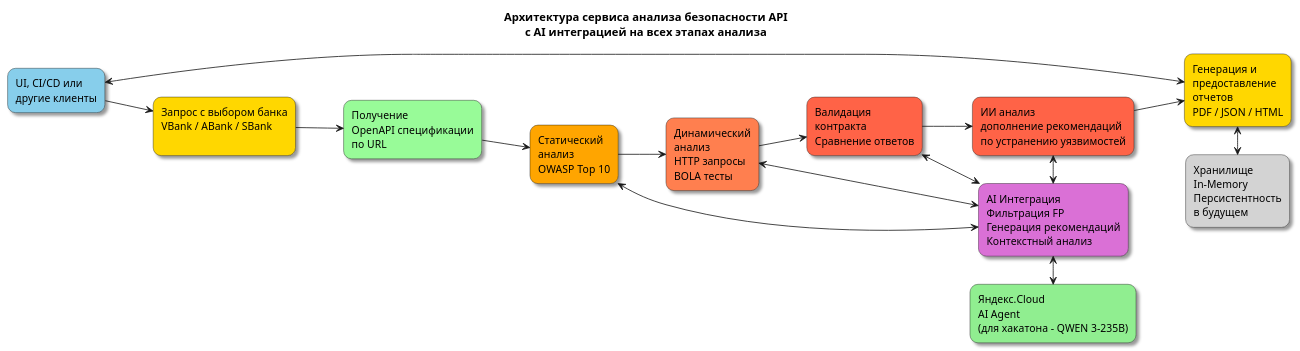
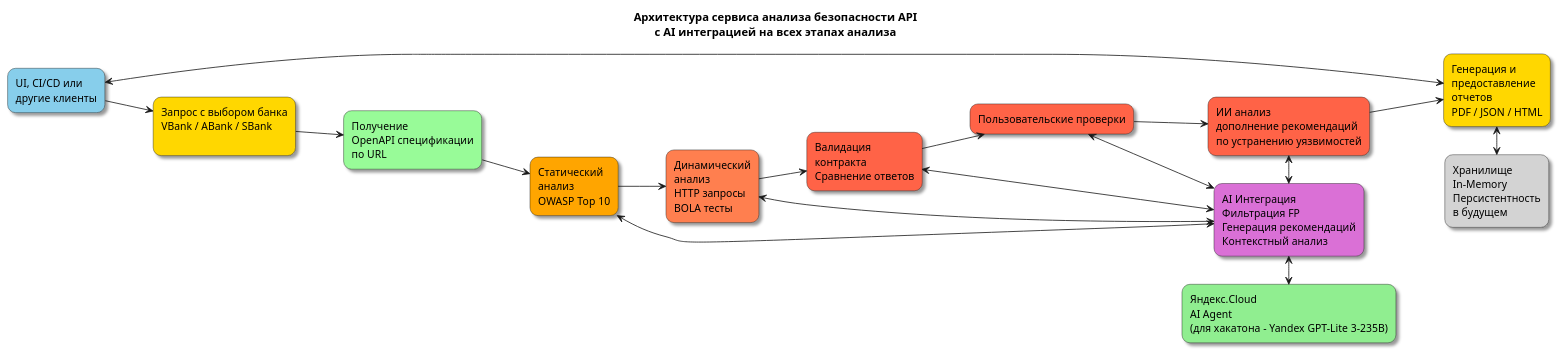
One commit to ChaikaAM/vtb-hackathon changed the diagram in documentation/diagrams/solution.puml. Above: the diagram before and after it, drawn with PlantUML. The commit also changed 40 other files, not shown here.

```diff
--- a/documentation/diagrams/solution.puml
+++ b/documentation/diagrams/solution.puml
@@ -1,47 +1,51 @@
 @startuml
 left to right direction
 
 skinparam backgroundColor #FFFFFF
 skinparam defaultFontName Arial
 skinparam defaultFontSize 13
 skinparam roundcorner 20
 skinparam shadowing true
 
 title Архитектура сервиса анализа безопасности API\nс AI интеграцией на всех этапах анализа
 
 rectangle "UI, CI/CD или\nдругие клиенты" as Client #87CEEB
 rectangle "Запрос с выбором банка\nVBank / ABank / SBank\n" as Bank #FFD700
 rectangle "Получение\nOpenAPI спецификации\nпо URL" as OpenAPI #98FB98
 
 rectangle "Статический\nанализ\nOWASP Top 10" as Static #FFA500
 rectangle "Динамический\nанализ\nHTTP запросы\nBOLA тесты" as Dynamic #FF7F50
 rectangle "Валидация\nконтракта\nСравнение ответов" as Contract #FF6347
+rectangle "Пользовательские проверки" as UserCheck #FF6347
 rectangle "ИИ анализ\nдополнение рекомендаций\nпо устранению уязвимостей" as AIANALYSIS #FF6347
 
 rectangle "AI Интеграция\nФильтрация FP\nГенерация рекомендаций\nКонтекстный анализ" as AI #DA70D6
-rectangle "Яндекс.Cloud\nAI Agent\n(для хакатона - QWEN 3-235B)" as Yandex #90EE90
+rectangle "Яндекс.Cloud\nAI Agent\n(для хакатона - Yandex GPT-Lite 3-235B)" as Yandex #90EE90
 
 rectangle "Генерация и \nпредоставление\nотчетов\nPDF / JSON / HTML" as Reports #FFD700
 rectangle "Хранилище\nIn-Memory\nПерсистентность\nв будущем" as Storage #D3D3D3
 
 Client --> Bank
 Bank --> OpenAPI
 OpenAPI --> Static
 AI <-> Yandex
 
 Static <-> AI
 
 Static --> Dynamic
 Dynamic <-> AI
 
 Dynamic --> Contract
 Contract <-> AI
 
-Contract --> AIANALYSIS
+Contract --> UserCheck
+UserCheck <-> AI
+
+UserCheck --> AIANALYSIS
 AIANALYSIS <-> AI
 
 AIANALYSIS --> Reports
 Reports <-> Storage
 Client <-> Reports
 
 @enduml
```
